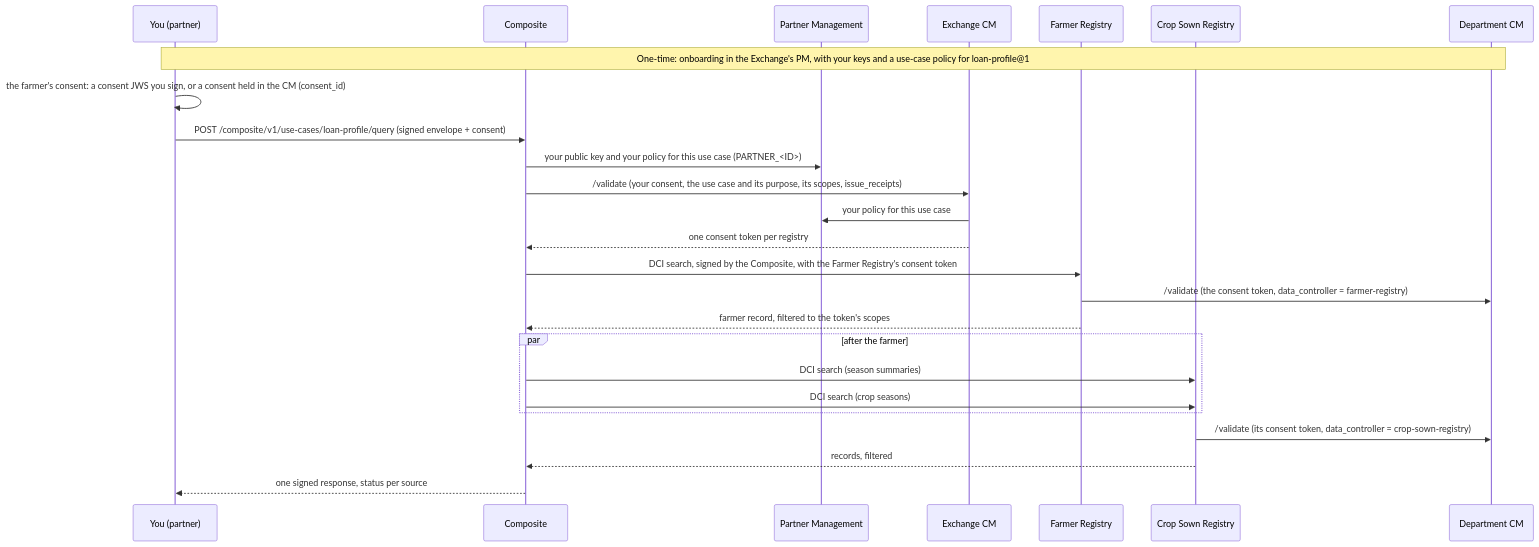
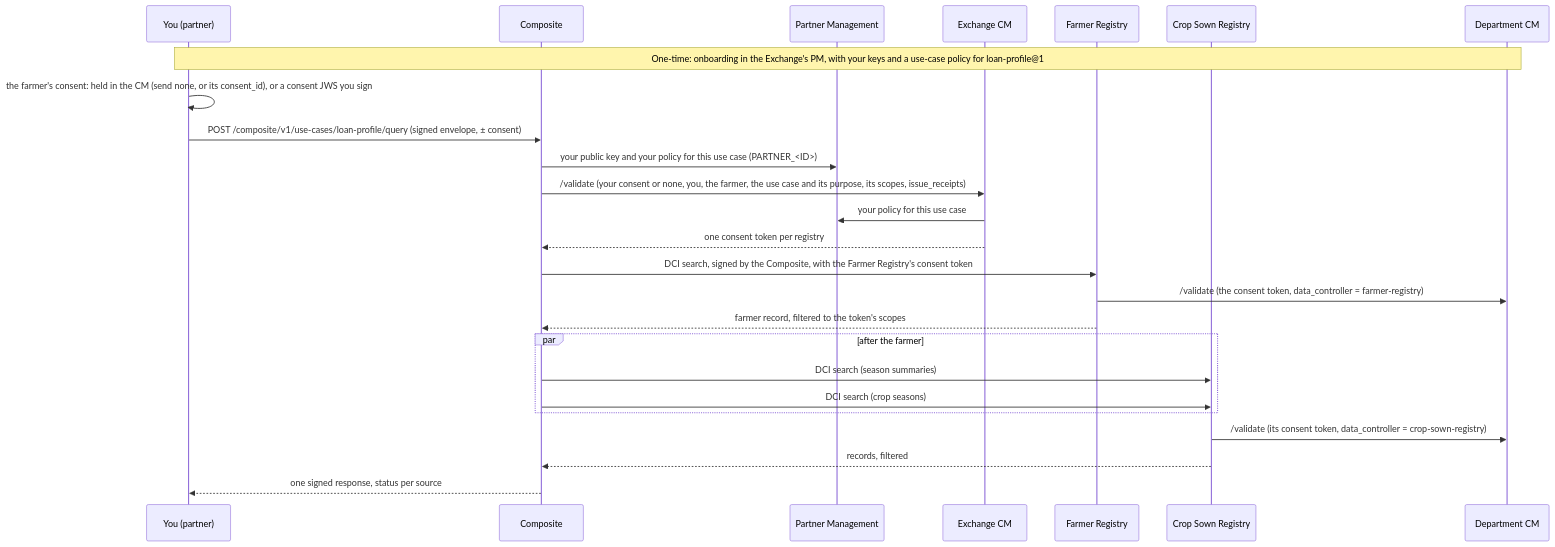
One commit to OpenG2P/openg2p-documentation changed the diagram in open-agri-stack/partner-guide.md. Above: the diagram before and after it, drawn with Mermaid. The commit also changed other lines of this file and 59 other files, not shown here.

````diff
--- a/open-agri-stack/partner-guide.md
+++ b/open-agri-stack/partner-guide.md
@@ -25,27 +25,27 @@
 ```mermaid
 sequenceDiagram
   participant P as You (partner)
   participant C as Composite
   participant PM as Partner Management
   participant XCM as Exchange CM
   participant FR as Farmer Registry
   participant CSR as Crop Sown Registry
   participant DCM as Department CM
   Note over P,DCM: One-time: onboarding in the Exchange's PM, with your keys and a use-case policy for loan-profile@1
-  P->>P: the farmer's consent: a consent JWS you sign, or a consent held in the CM (consent_id)
-  P->>C: POST /composite/v1/use-cases/loan-profile/query (signed envelope + consent)
+  P->>P: the farmer's consent: held in the CM (send none, or its consent_id), or a consent JWS you sign
+  P->>C: POST /composite/v1/use-cases/loan-profile/query (signed envelope, ± consent)
   C->>PM: your public key and your policy for this use case (PARTNER_<ID>)
-  C->>XCM: /validate (your consent, the use case and its purpose, its scopes, issue_receipts)
+  C->>XCM: /validate (your consent or none, you, the farmer, the use case and its purpose, its scopes, issue_receipts)
   XCM->>PM: your policy for this use case
   XCM-->>C: one consent token per registry
   C->>FR: DCI search, signed by the Composite, with the Farmer Registry's consent token
   FR->>DCM: /validate (the consent token, data_controller = farmer-registry)
   FR-->>C: farmer record, filtered to the token's scopes
   par after the farmer
     C->>CSR: DCI search (season summaries)
     C->>CSR: DCI search (crop seasons)
   end
   CSR->>DCM: /validate (its consent token, data_controller = crop-sown-registry)
   CSR-->>C: records, filtered
   C-->>P: one signed response, status per source
 ```
````
